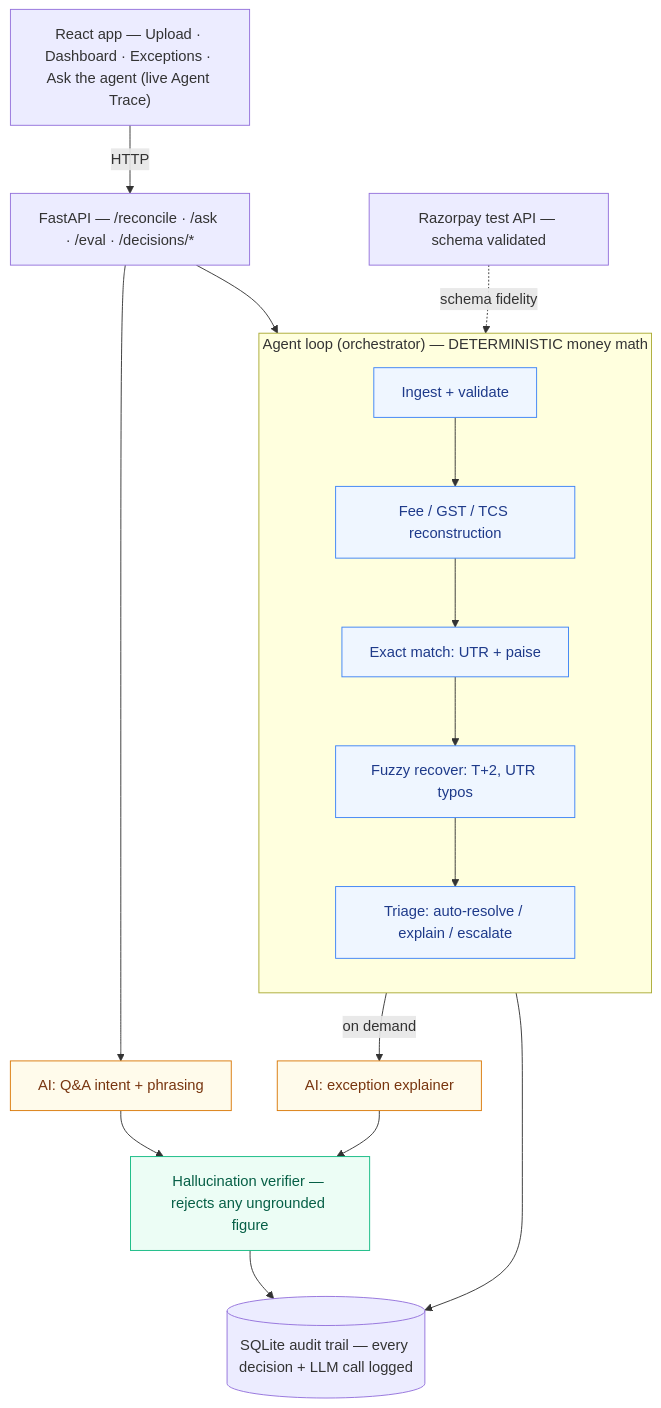
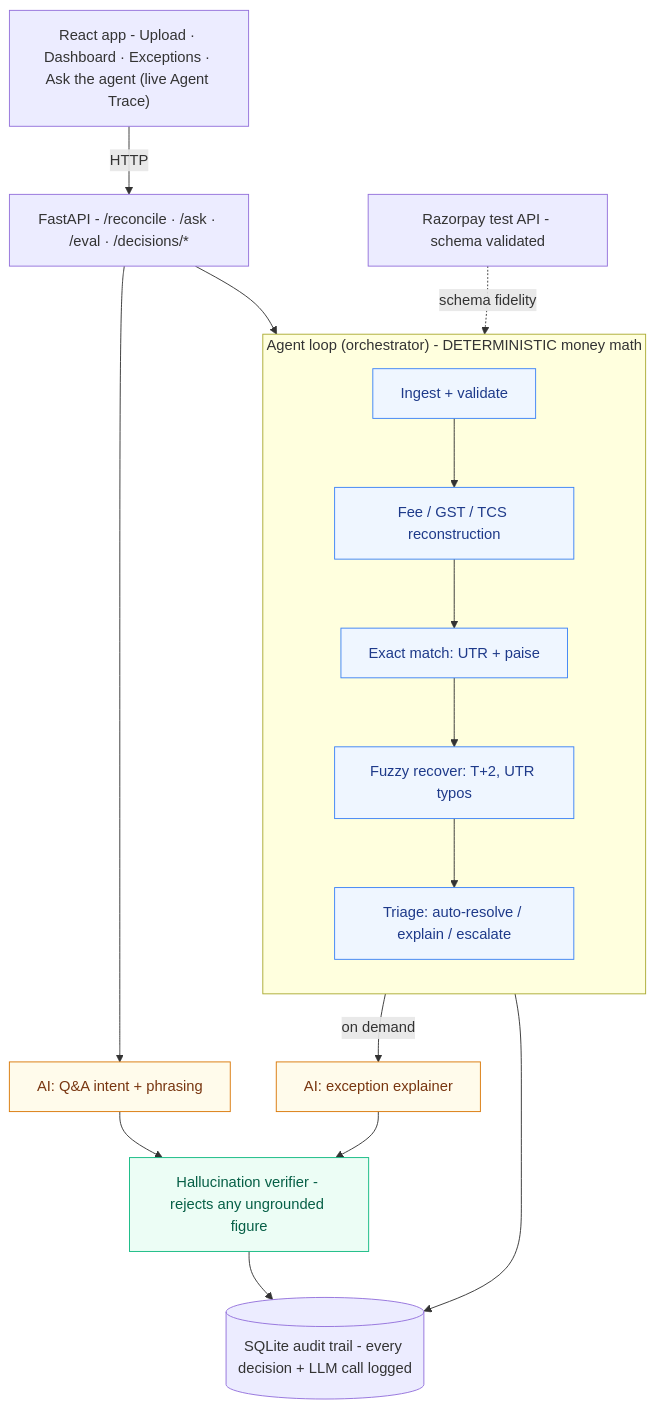
The diagram in README.md (ASHWARYA-ALTER-EGO/Hosting-ReconMint), drawn with Mermaid before and after one commit. The commit also changed other lines of this file and 2 other files, not shown here.

````diff
--- a/README.md
+++ b/README.md
@@ -35,34 +66,34 @@
 ```mermaid
 flowchart TD
-    UI["React app — Upload · Dashboard · Exceptions · Ask the agent (live Agent Trace)"]
-    API["FastAPI — /reconcile · /ask · /eval · /decisions/*"]
+    UI["React app - Upload · Dashboard · Exceptions · Ask the agent (live Agent Trace)"]
+    API["FastAPI - /reconcile · /ask · /eval · /decisions/*"]
     UI -->|HTTP| API
 
-    subgraph AGENT["Agent loop (orchestrator) — DETERMINISTIC money math"]
+    subgraph AGENT["Agent loop (orchestrator) - DETERMINISTIC money math"]
       direction TB
       ING["Ingest + validate"] --> FEE["Fee / GST / TCS reconstruction"]
       FEE --> EX["Exact match: UTR + paise"] --> FZ["Fuzzy recover: T+2, UTR typos"]
       FZ --> TR["Triage: auto-resolve / explain / escalate"]
     end
     API --> ING
 
     QA["AI: Q&A intent + phrasing"]
     XP["AI: exception explainer"]
-    VER["Hallucination verifier — rejects any ungrounded figure"]
+    VER["Hallucination verifier - rejects any ungrounded figure"]
     API --> QA
     TR -->|on demand| XP
     QA --> VER
     XP --> VER
 
-    DB[("SQLite audit trail — every decision + LLM call logged")]
+    DB[("SQLite audit trail - every decision + LLM call logged")]
     TR --> DB
     VER --> DB
-    RZP["Razorpay test API — schema validated"] -.->|schema fidelity| FEE
+    RZP["Razorpay test API - schema validated"] -.->|schema fidelity| FEE
 
     classDef det fill:#eff6ff,stroke:#3b82f6,color:#1e3a8a;
     classDef ai fill:#fffbeb,stroke:#d97706,color:#78350f;
     classDef guard fill:#ecfdf5,stroke:#10b981,color:#065f46;
     class ING,FEE,EX,FZ,TR det;
     class QA,XP ai;
     class VER guard;
 ```
````
